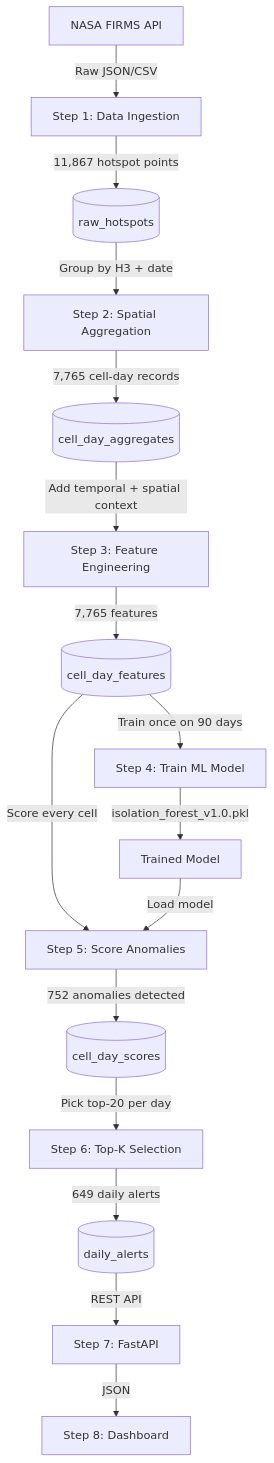
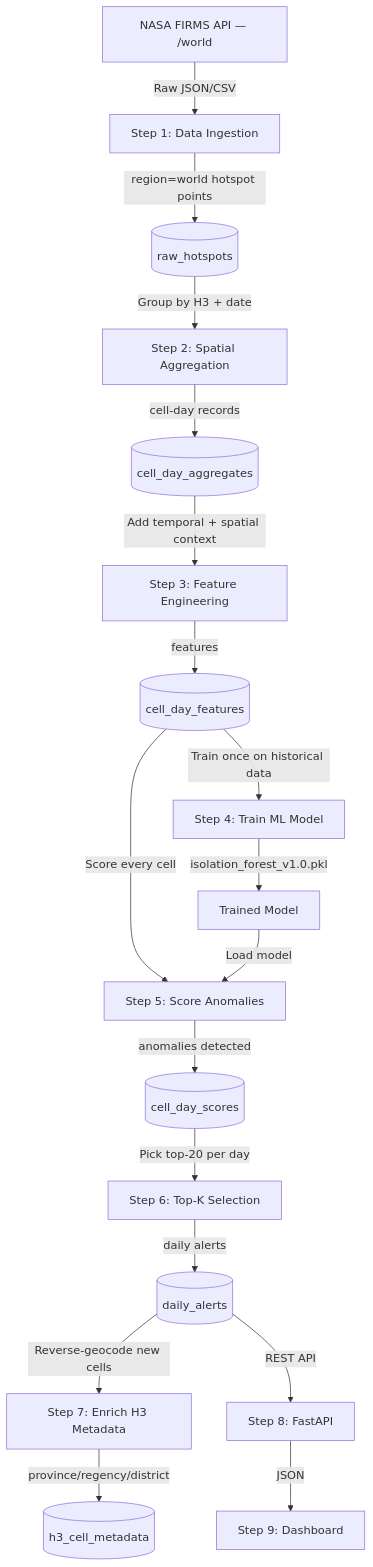
The diagram in docs/Wildfire Detection Flow.md (Itsavirus-com/anomalous-wildfire-hotspots-detection), drawn with Mermaid before and after one commit. The commit also changed other lines of this file, not shown here.

First line of the commit message:
docs: align Wildfire Detection Flow with world ingest and enrich step

````diff
--- a/docs/Wildfire Detection Flow.md
+++ b/docs/Wildfire Detection Flow.md
@@ -21,18 +25,20 @@
 ```mermaid
 graph TD
-    A[NASA FIRMS API] -->|Raw JSON/CSV| B[Step 1: Data Ingestion]
-    B -->|11,867 hotspot points| C[(raw_hotspots)]
+    A[NASA FIRMS API — /world] -->|Raw JSON/CSV| B[Step 1: Data Ingestion]
+    B -->|region=world hotspot points| C[(raw_hotspots)]
     C -->|Group by H3 + date| D[Step 2: Spatial Aggregation]
-    D -->|7,765 cell-day records| E[(cell_day_aggregates)]
+    D -->|cell-day records| E[(cell_day_aggregates)]
     E -->|Add temporal + spatial context| F[Step 3: Feature Engineering]
-    F -->|7,765 features| G[(cell_day_features)]
-    G -->|Train once on 90 days| H[Step 4: Train ML Model]
+    F -->|features| G[(cell_day_features)]
+    G -->|Train once on historical data| H[Step 4: Train ML Model]
     H -->|isolation_forest_v1.0.pkl| I[Trained Model]
     G -->|Score every cell| J[Step 5: Score Anomalies]
     I -->|Load model| J
-    J -->|752 anomalies detected| K[(cell_day_scores)]
+    J -->|anomalies detected| K[(cell_day_scores)]
     K -->|Pick top-20 per day| L[Step 6: Top-K Selection]
-    L -->|649 daily alerts| M[(daily_alerts)]
-    M -->|REST API| N[Step 7: FastAPI]
-    N -->|JSON| O[Step 8: Dashboard]
+    L -->|daily alerts| M[(daily_alerts)]
+    M -->|Reverse-geocode new cells| M2[Step 7: Enrich H3 Metadata]
+    M2 -->|province/regency/district| M3[(h3_cell_metadata)]
+    M -->|REST API| N[Step 8: FastAPI]
+    N -->|JSON| O[Step 9: Dashboard]
 ```
````
